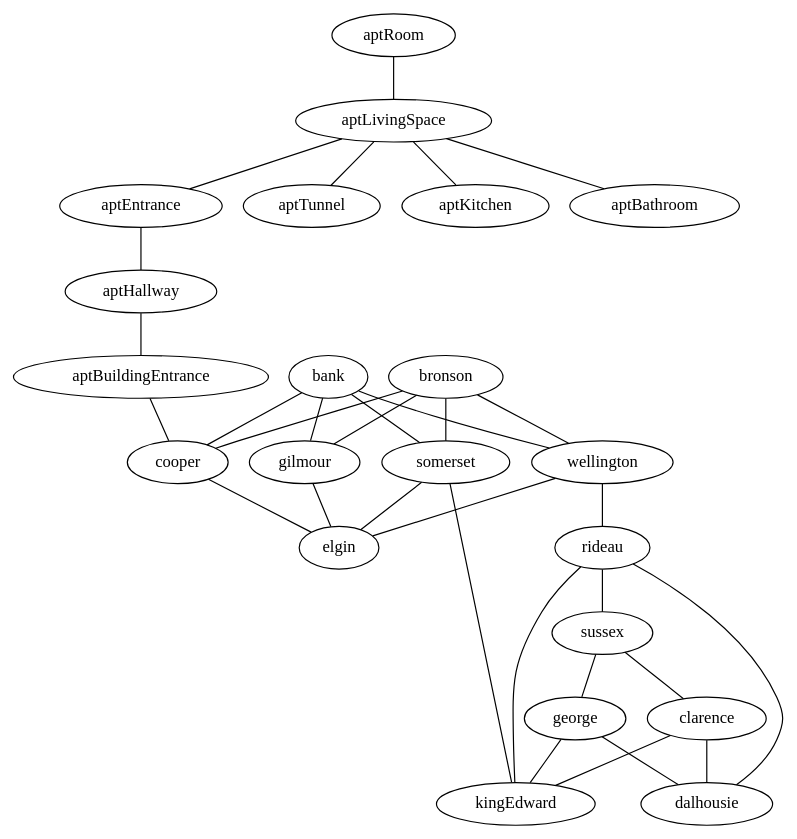
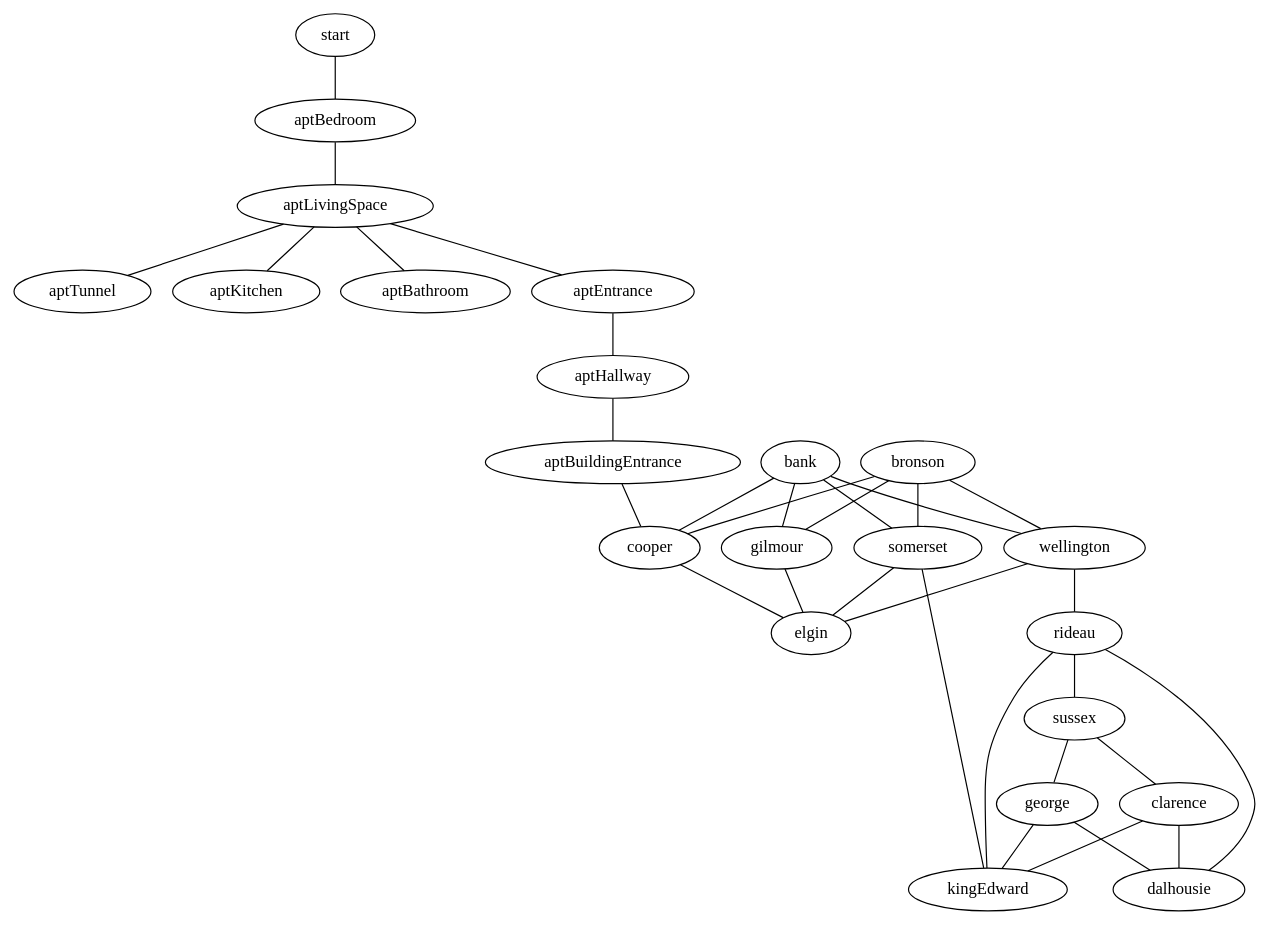
One commit to maelys-mcardle/adventure changed the diagram in examples/ottawa/entities/world/values.dot. Above: the diagram before and after it, drawn with Graphviz. The commit also changed 3 other files, not shown here.

```diff
--- a/examples/ottawa/entities/world/values.dot
+++ b/examples/ottawa/entities/world/values.dot
@@ -1,34 +1,36 @@
 graph location {
+
+  start -- aptBedroom
 
   subgraph streets {
     bank -- wellington -- elgin
     bank -- cooper -- elgin
     bank -- somerset -- elgin
     bank -- gilmour -- elgin
 
     bronson -- wellington
     bronson -- cooper
     bronson -- somerset
     bronson -- gilmour   
 
     wellington -- rideau
 
     rideau -- sussex
     rideau -- dalhousie
     rideau -- kingEdward
 
     sussex -- george -- dalhousie
     sussex -- clarence -- dalhousie
     somerset -- kingEdward
     george -- kingEdward
     clarence -- kingEdward
   }
 
   subgraph apartment {
-    aptRoom -- aptLivingSpace -- aptTunnel
+    aptBedroom -- aptLivingSpace -- aptTunnel
     aptLivingSpace -- aptKitchen
     aptLivingSpace -- aptBathroom
     aptLivingSpace -- aptEntrance -- aptHallway 
     aptHallway -- aptBuildingEntrance -- cooper
   }
 }
```
